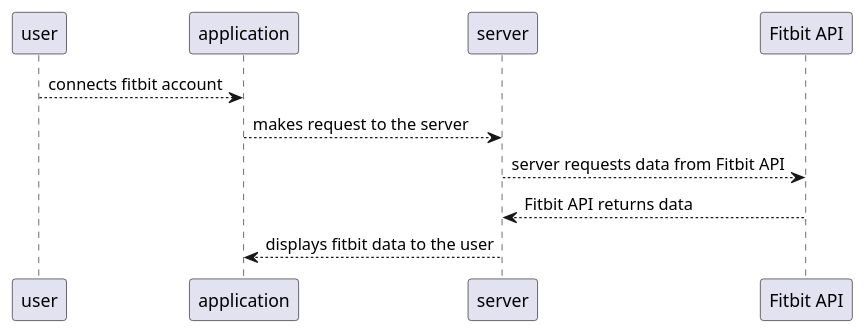
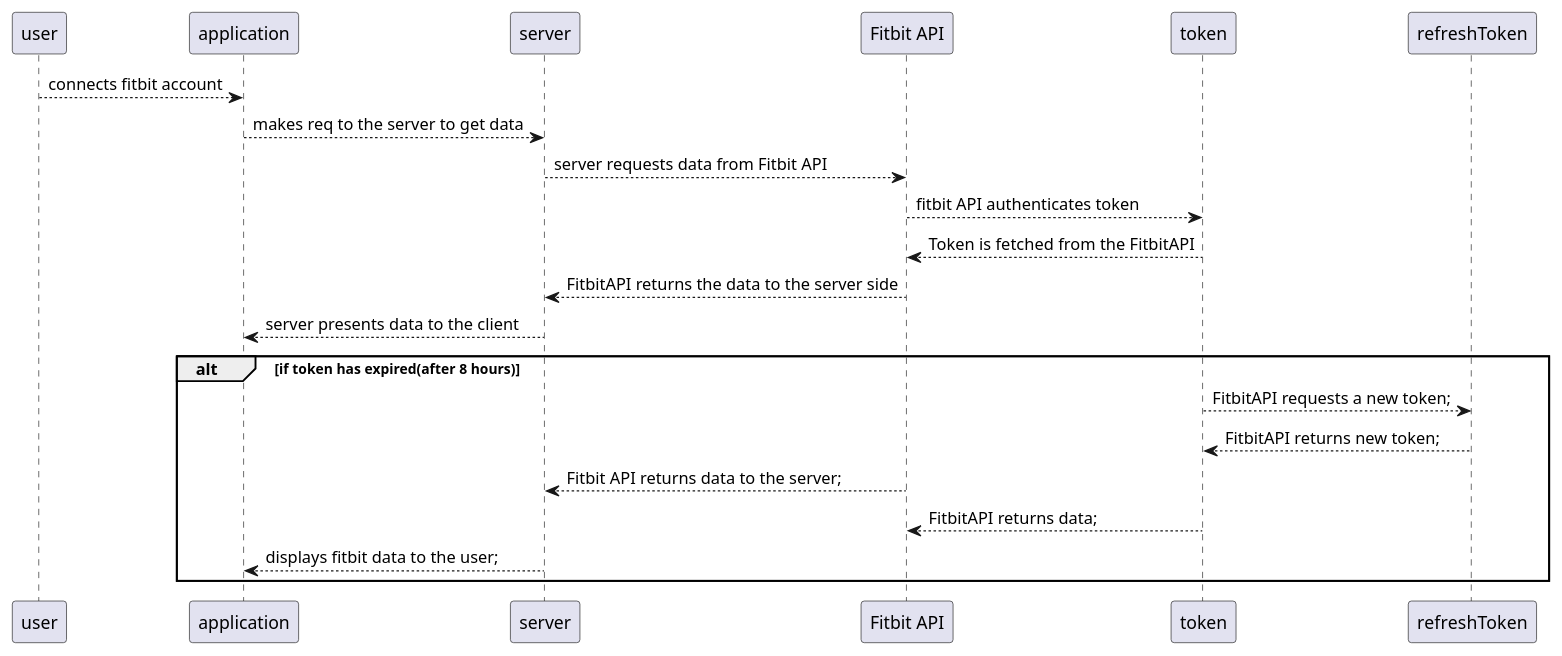
One commit to gurvirdhillon/AAL-project changed the diagram in PUML-designs/sequence2.puml. Above: the diagram before and after it, drawn with PlantUML.

Commit message:
added sequence diagram

```diff
--- a/PUML-designs/sequence2.puml
+++ b/PUML-designs/sequence2.puml
@@ -1,16 +1,26 @@
 @startuml sequence2.puml
 
 ' get fitbit API data
 
 participant "user" as user
 participant "application" as app
 participant "server" as server
 participant "Fitbit API" as fitbit
+participant "token" as token
+participant "refreshToken" as refreshToken
 
 user --> app: connects fitbit account
-app --> server: makes request to the server
+app --> server: makes req to the server to get data
 server --> fitbit: server requests data from Fitbit API
-fitbit --> server: Fitbit API returns data
-server --> app: displays fitbit data to the user
-
+fitbit --> token: fitbit API authenticates token
+token --> fitbit: Token is fetched from the FitbitAPI
+fitbit --> server: FitbitAPI returns the data to the server side
+server --> app: server presents data to the client
+alt if token has expired(after 8 hours)
+token --> refreshToken: FitbitAPI requests a new token;
+refreshToken --> token: FitbitAPI returns new token;
+fitbit --> server: Fitbit API returns data to the server;
+token --> fitbit: FitbitAPI returns data;
+server --> app: displays fitbit data to the user;
+end
 @enduml
```
